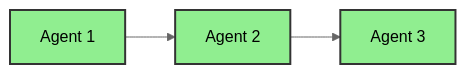
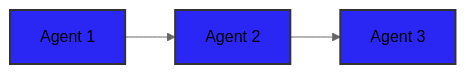
One commit to OpenLiberty/liberty-workshop-langchain4j changed the first of 6 diagrams in docs/docs/section-2/step-02.md. Above: the diagram before and after it, drawn with Mermaid (neutral theme). The commit also changed other lines of this file and 5 other files, not shown here.

````diff
--- a/docs/docs/section-2/step-02.md
+++ b/docs/docs/section-2/step-02.md
@@ -54,7 +65,7 @@
 ```mermaid
 graph LR
     A["Agent 1"] --> B["Agent 2"] --> C["Agent 3"]
-    style A fill:#90EE90,stroke:#333,stroke-width:2,color:#000
-    style B fill:#90EE90,stroke:#333,stroke-width:2,color:#000
-    style C fill:#90EE90,stroke:#333,stroke-width:2,color:#000
+    style A fill:#2A27F5,stroke:#333,stroke-width:2,color:#000
+    style B fill:#2A27F5,stroke:#333,stroke-width:2,color:#000
+    style C fill:#2A27F5,stroke:#333,stroke-width:2,color:#000
 ```
````
